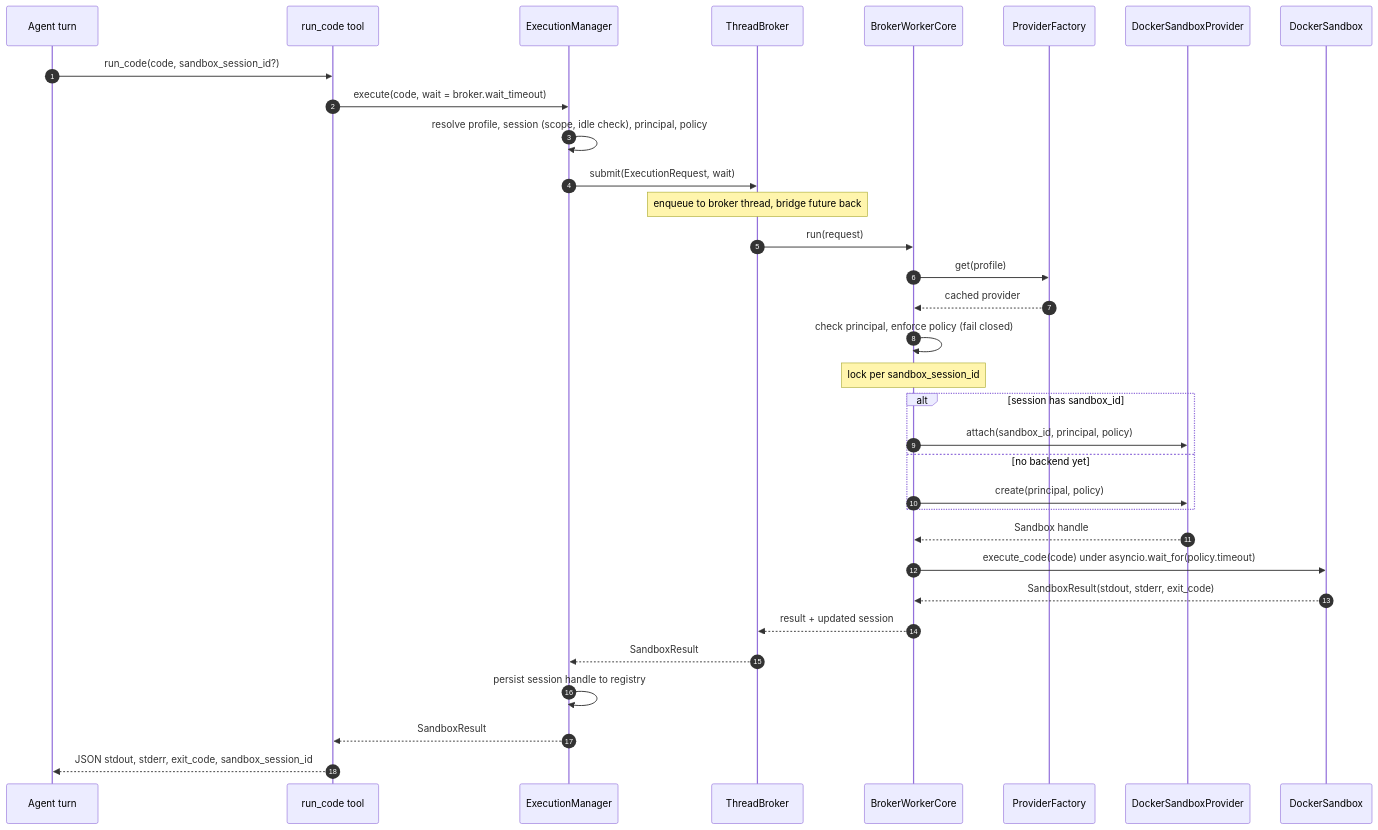
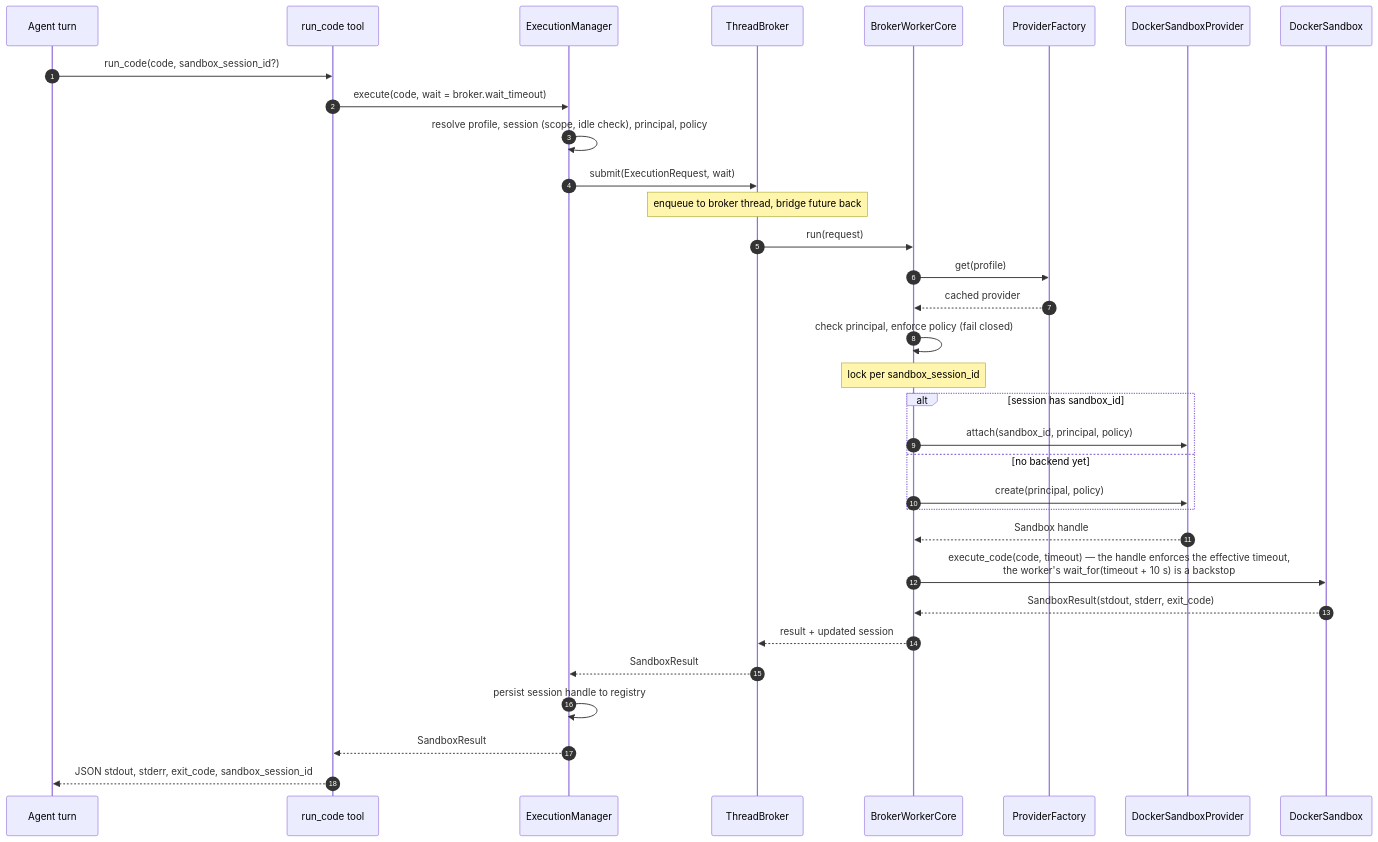
Before and after one commit to yaalalabs/agent-kernel: the fifth of 9 diagrams in docs/docs/architecture/sandbox-internals.md, drawn with Mermaid. The commit also changed other lines of this file and 26 other files, not shown here.

````diff
--- a/docs/docs/architecture/sandbox-internals.md
+++ b/docs/docs/architecture/sandbox-internals.md
@@ -357,36 +363,36 @@
 ```mermaid
 sequenceDiagram
     autonumber
     participant LLM as Agent turn
     participant Tool as run_code tool
     participant Mgr as ExecutionManager
     participant Brk as ThreadBroker
     participant Core as BrokerWorkerCore
     participant Fac as ProviderFactory
     participant Prov as DockerSandboxProvider
     participant Sbx as DockerSandbox
 
     LLM->>Tool: run_code(code, sandbox_session_id?)
     Tool->>Mgr: execute(code, wait = broker.wait_timeout)
     Mgr->>Mgr: resolve profile, session (scope, idle check), principal, policy
     Mgr->>Brk: submit(ExecutionRequest, wait)
     Note over Brk: enqueue to broker thread, bridge future back
     Brk->>Core: run(request)
     Core->>Fac: get(profile)
     Fac-->>Core: cached provider
     Core->>Core: check principal, enforce policy (fail closed)
     Note over Core: lock per sandbox_session_id
     alt session has sandbox_id
         Core->>Prov: attach(sandbox_id, principal, policy)
     else no backend yet
         Core->>Prov: create(principal, policy)
     end
     Prov-->>Core: Sandbox handle
-    Core->>Sbx: execute_code(code) under asyncio.wait_for(policy.timeout)
+    Core->>Sbx: execute_code(code, timeout) — the handle enforces the effective timeout,<br/>the worker's wait_for(timeout + 10 s) is a backstop
     Sbx-->>Core: SandboxResult(stdout, stderr, exit_code)
     Core-->>Brk: result + updated session
     Brk-->>Mgr: SandboxResult
     Mgr->>Mgr: persist session handle to registry
     Mgr-->>Tool: SandboxResult
     Tool-->>LLM: JSON stdout, stderr, exit_code, sandbox_session_id
 ```
````
